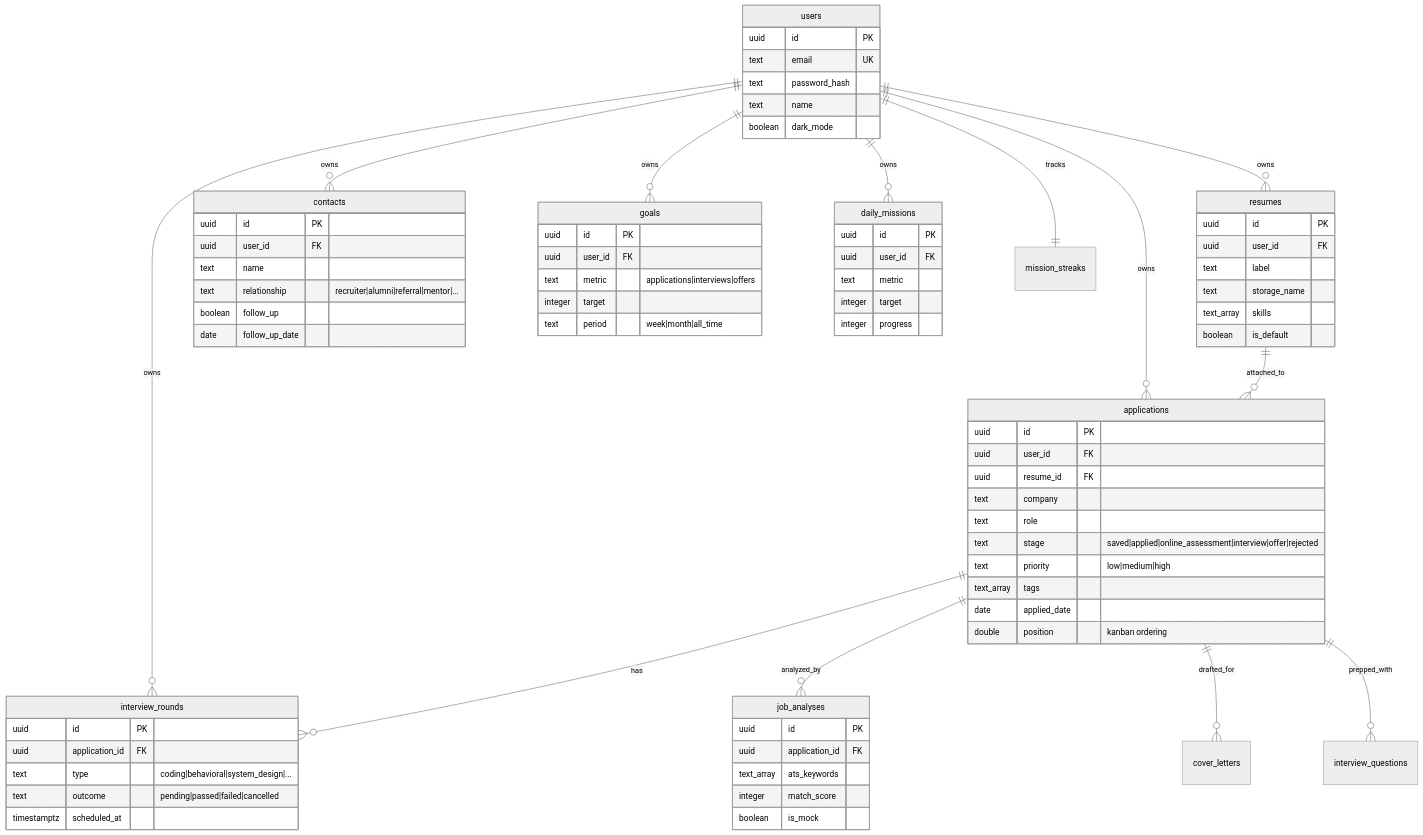
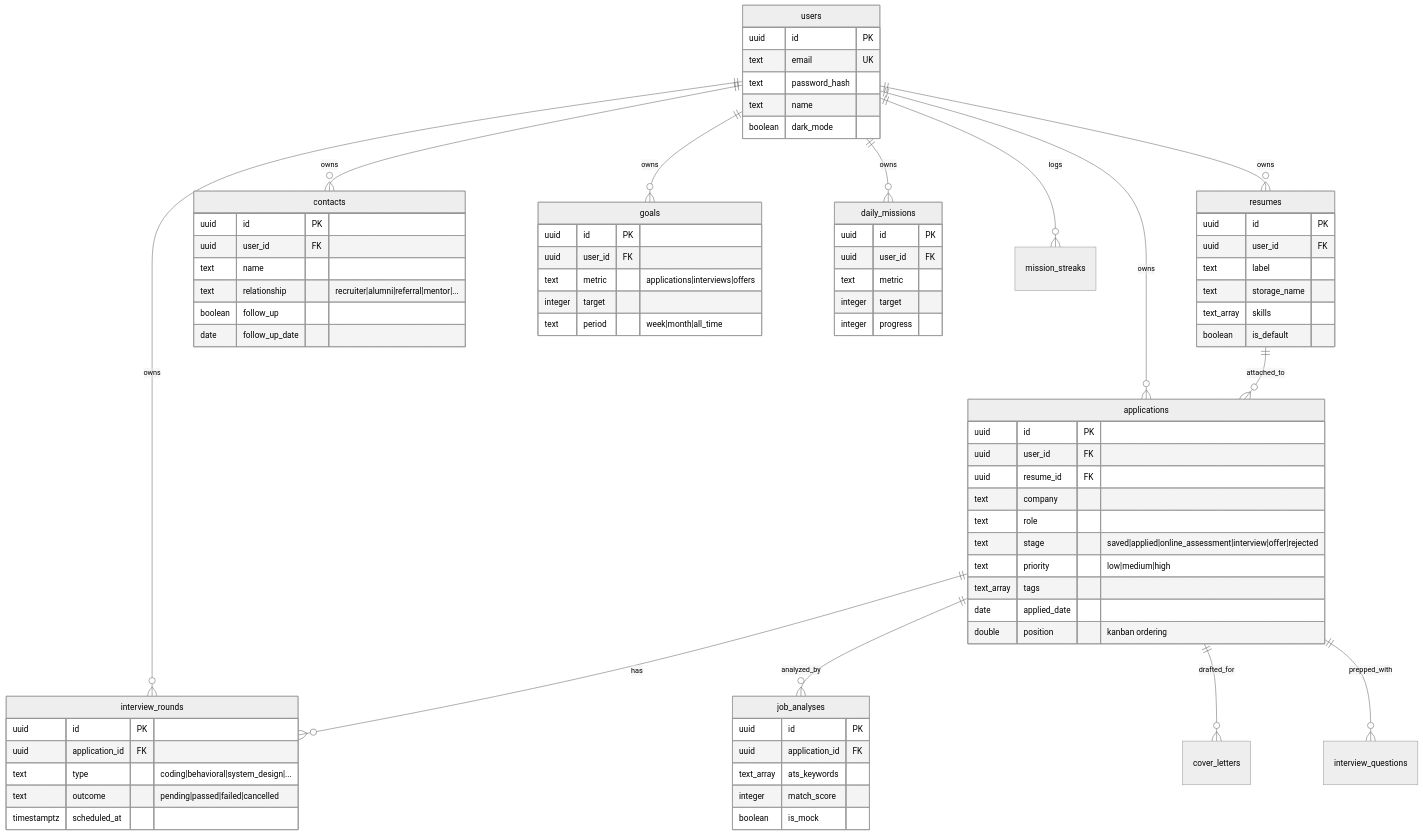
One commit to me-adityaraj8/career-os changed the sixth of 8 diagrams in README.md. Above: the diagram before and after it, drawn with Mermaid (neutral theme). The commit also changed other lines of this file, not shown here.

Commit message:
Correct README inaccuracies in auth diagram, ER cardinality, and endpoint count

````diff
--- a/README.md
+++ b/README.md
@@ -401,79 +402,79 @@
 ```mermaid
 erDiagram
     users ||--o{ applications : owns
     users ||--o{ resumes : owns
     users ||--o{ interview_rounds : owns
     users ||--o{ contacts : owns
     users ||--o{ goals : owns
     users ||--o{ daily_missions : owns
-    users ||--|| mission_streaks : tracks
+    users ||--o{ mission_streaks : logs
     applications ||--o{ interview_rounds : has
     applications ||--o{ job_analyses : analyzed_by
     applications ||--o{ cover_letters : drafted_for
     applications ||--o{ interview_questions : prepped_with
     resumes ||--o{ applications : attached_to
 
     users {
         uuid id PK
         text email UK
         text password_hash
         text name
         boolean dark_mode
     }
     applications {
         uuid id PK
         uuid user_id FK
         uuid resume_id FK
         text company
         text role
         text stage "saved|applied|online_assessment|interview|offer|rejected"
         text priority "low|medium|high"
         text_array tags
         date applied_date
         double position "kanban ordering"
     }
     resumes {
         uuid id PK
         uuid user_id FK
         text label
         text storage_name
         text_array skills
         boolean is_default
     }
     interview_rounds {
         uuid id PK
         uuid application_id FK
         text type "coding|behavioral|system_design|..."
         text outcome "pending|passed|failed|cancelled"
         timestamptz scheduled_at
     }
     contacts {
         uuid id PK
         uuid user_id FK
         text name
         text relationship "recruiter|alumni|referral|mentor|..."
         boolean follow_up
         date follow_up_date
     }
     goals {
         uuid id PK
         uuid user_id FK
         text metric "applications|interviews|offers"
         integer target
         text period "week|month|all_time"
     }
     daily_missions {
         uuid id PK
         uuid user_id FK
         text metric
         integer target
         integer progress
     }
     job_analyses {
         uuid id PK
         uuid application_id FK
         text_array ats_keywords
         integer match_score
         boolean is_mock
     }
 ```
````
